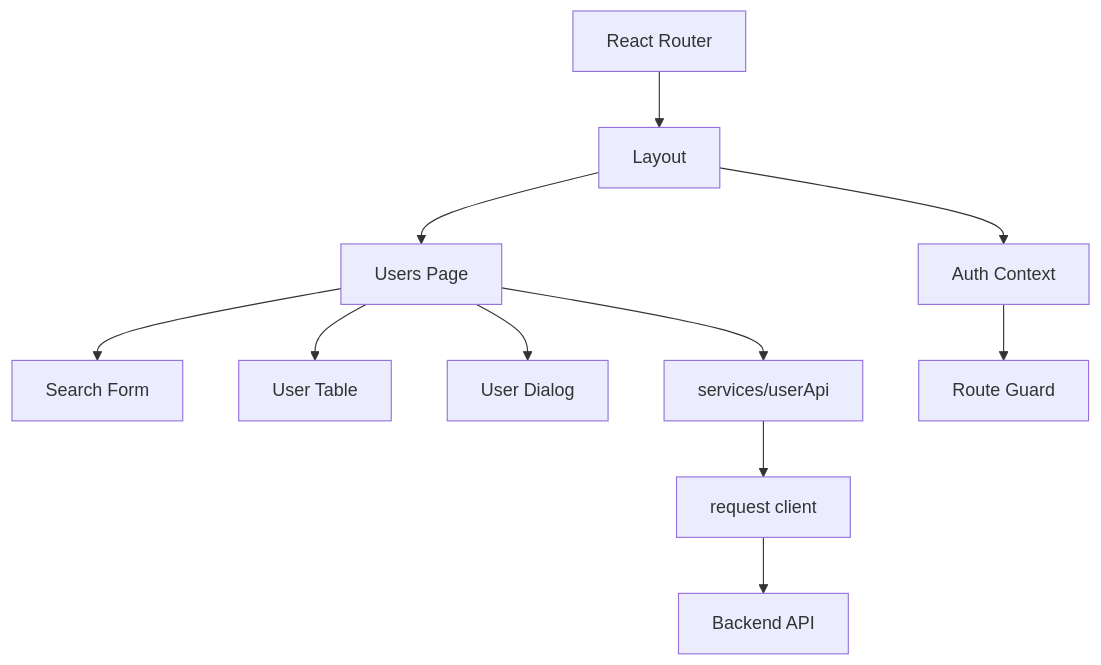
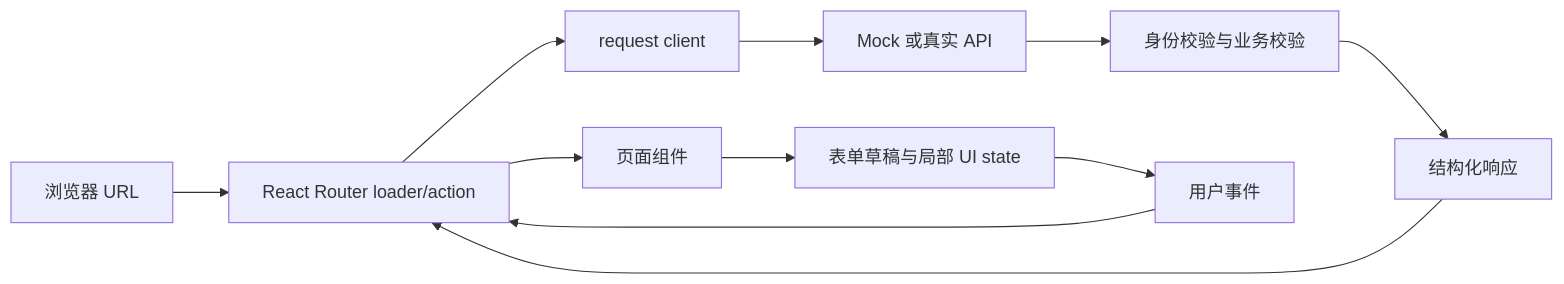
Before and after one commit to yokry-he/yok-study-web: the first of 5 diagrams in docs/react/project-admin.md, drawn with Mermaid. The commit also changed other lines of this file and 14 other files, not shown here.

````diff
--- a/docs/react/project-admin.md
+++ b/docs/react/project-admin.md
@@ -38,13 +29,13 @@
 ```mermaid
-flowchart TD
-  A[React Router] --> B[Layout]
-  B --> C[Users Page]
-  C --> D[Search Form]
-  C --> E[User Table]
-  C --> F[User Dialog]
-  C --> G[services/userApi]
-  G --> H[request client]
-  H --> I[Backend API]
-  B --> J[Auth Context]
-  J --> K[Route Guard]
+flowchart LR
+  A["浏览器 URL"] --> B["React Router loader/action"]
+  B --> C["request client"]
+  C --> D["Mock 或真实 API"]
+  D --> E["身份校验与业务校验"]
+  E --> F["结构化响应"]
+  F --> B
+  B --> G["页面组件"]
+  G --> H["表单草稿与局部 UI state"]
+  H --> I["用户事件"]
+  I --> B
 ```
````
